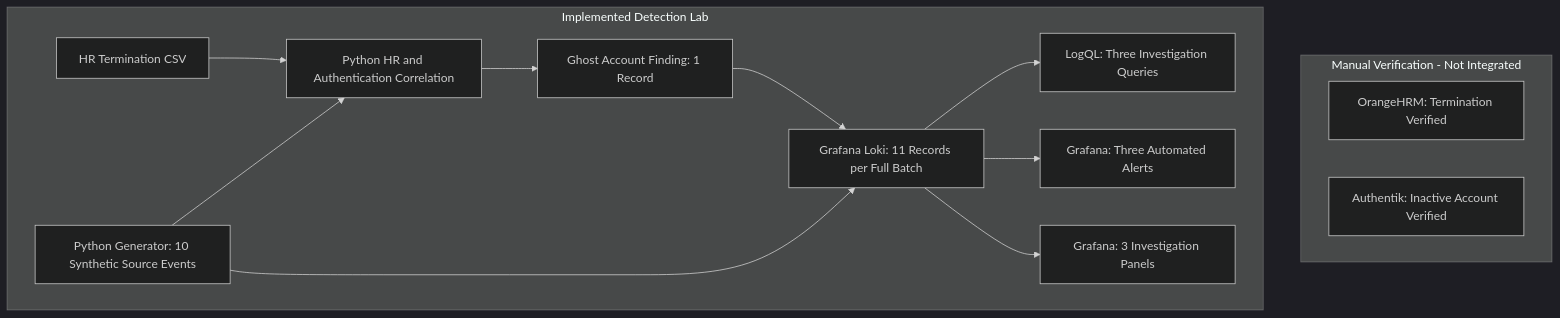
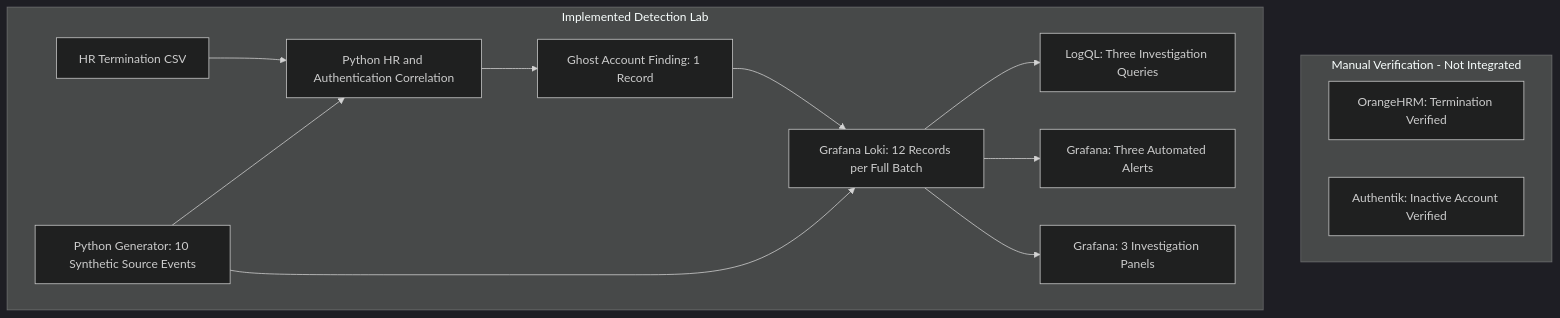
The diagram in README.md (sososimple-cmd/identity-threat-detection-lab), drawn with Mermaid (dark theme) before and after one commit. The commit also changed other lines of this file and 3 other files, not shown here.

````diff
--- a/README.md
+++ b/README.md
@@ -56,27 +56,27 @@
 ```mermaid
 flowchart TB
     subgraph CONTEXT["Manual Verification - Not Integrated"]
         ORANGE["OrangeHRM: Termination Verified"]
         AUTH["Authentik: Inactive Account Verified"]
     end
 
     subgraph LAB["Implemented Detection Lab"]
         HR["HR Termination CSV"]
         GEN["Python Generator: 10 Synthetic Source Events"]
         CORR["Python HR and Authentication Correlation"]
         FIND["Ghost Account Finding: 1 Record"]
-        LOKI["Grafana Loki: 11 Records per Full Batch"]
+        LOKI["Grafana Loki: 12 Records per Full Batch"]
         HUNTS["LogQL: Three Investigation Queries"]
         ALERT["Grafana: Three Automated Alerts"]
         DASH["Grafana: 3 Investigation Panels"]
 
         HR --> CORR
         GEN --> CORR
         CORR --> FIND
         GEN --> LOKI
         FIND --> LOKI
         LOKI --> HUNTS
         LOKI --> ALERT
         LOKI --> DASH
     end
 ```
````
